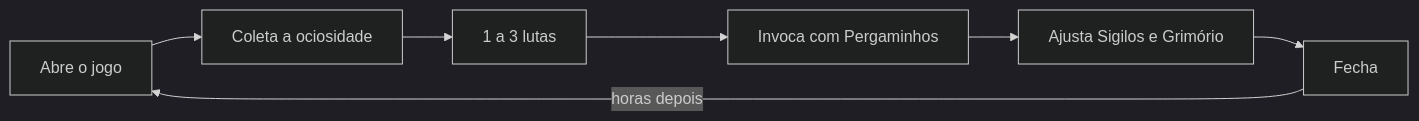
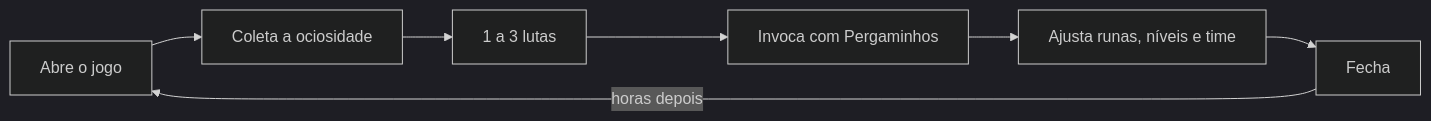
The second of 2 diagrams in SIGILOS — Game Design Document.md (MinoKael/sigilos-game), drawn with Mermaid (dark theme) before and after one commit. The commit also changed other lines of this file and 175 other files, not shown here.

````diff
--- a/SIGILOS — Game Design Document.md
+++ b/SIGILOS — Game Design Document.md
@@ -294,9 +260,9 @@
 ```mermaid
 flowchart LR
   A[Abre o jogo] --> B[Coleta a ociosidade]
   B --> C[1 a 3 lutas]
   C --> D[Invoca com Pergaminhos]
-  D --> E[Ajusta Sigilos e Grimório]
+  D --> E[Ajusta runas, níveis e time]
   E --> F[Fecha]
   F -- horas depois --> A
 ```
````
